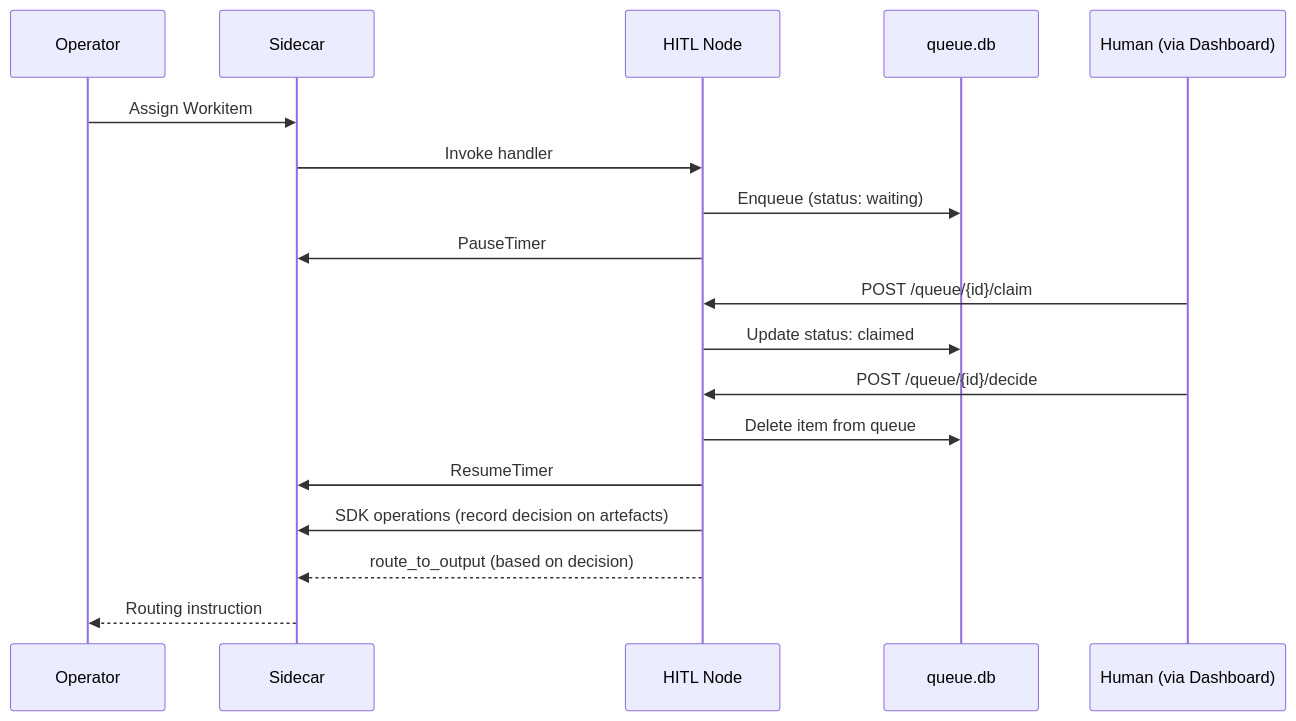
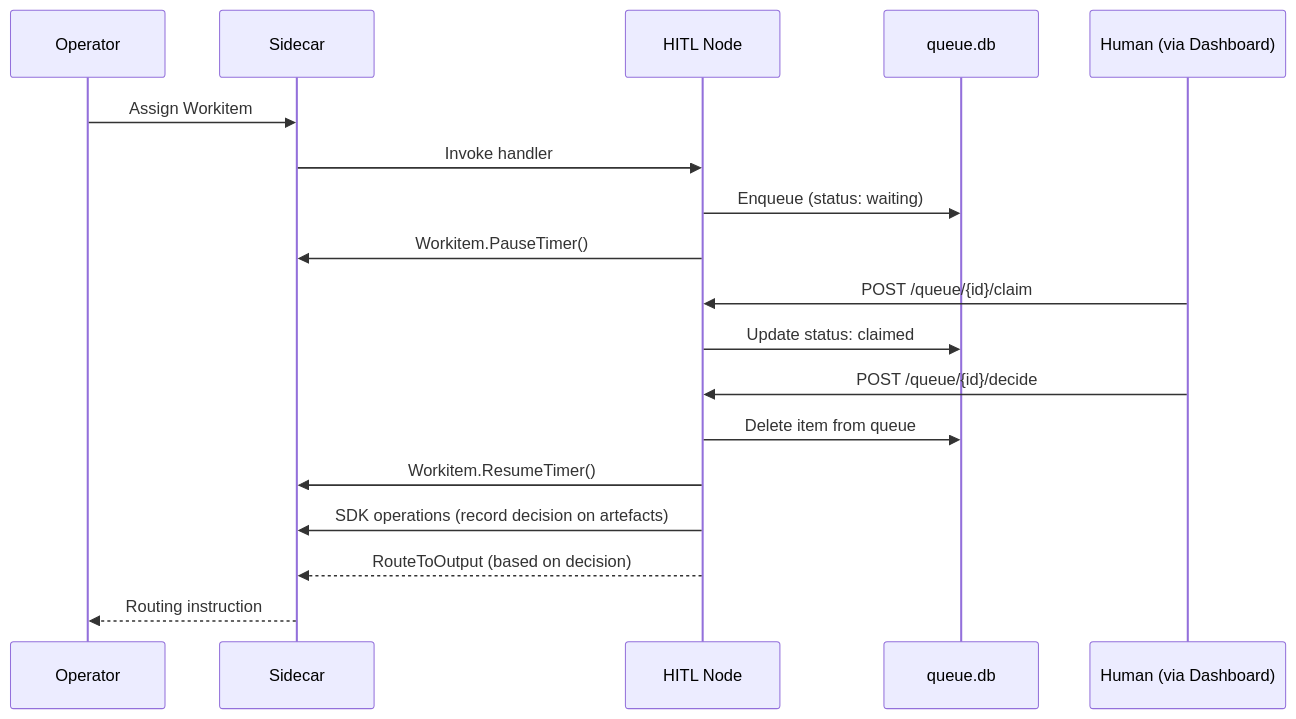
One commit to really-knows-ai/gideas changed the first of 3 diagrams in specs/04-sdk/08-sdk-hitl.md. Above: the diagram before and after it, drawn with Mermaid. The commit also changed other lines of this file and 34 other files, not shown here.

````diff
--- a/specs/04-sdk/08-sdk-hitl.md
+++ b/specs/04-sdk/08-sdk-hitl.md
@@ -11,21 +11,21 @@
 ```mermaid
 sequenceDiagram
     participant OP as Operator
     participant SC as Sidecar
     participant ND as HITL Node
     participant DB as queue.db
     participant HU as Human (via Dashboard)
 
     OP->>SC: Assign Workitem
     SC->>ND: Invoke handler
     ND->>DB: Enqueue (status: waiting)
-    ND->>SC: PauseTimer
+    ND->>SC: Workitem.PauseTimer()
     HU->>ND: POST /queue/{id}/claim
     ND->>DB: Update status: claimed
     HU->>ND: POST /queue/{id}/decide
     ND->>DB: Delete item from queue
-    ND->>SC: ResumeTimer
+    ND->>SC: Workitem.ResumeTimer()
     ND->>SC: SDK operations (record decision on artefacts)
-    ND-->>SC: route_to_output (based on decision)
+    ND-->>SC: RouteToOutput (based on decision)
     SC-->>OP: Routing instruction
 ```
````
